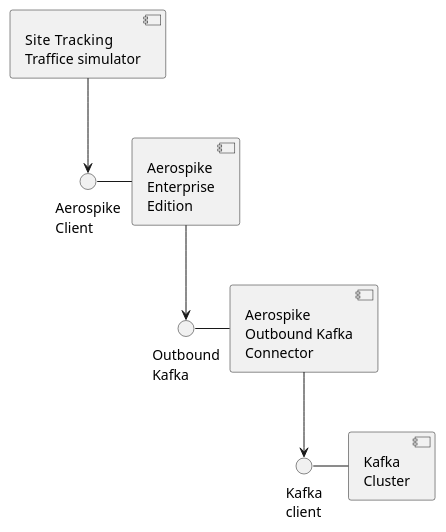
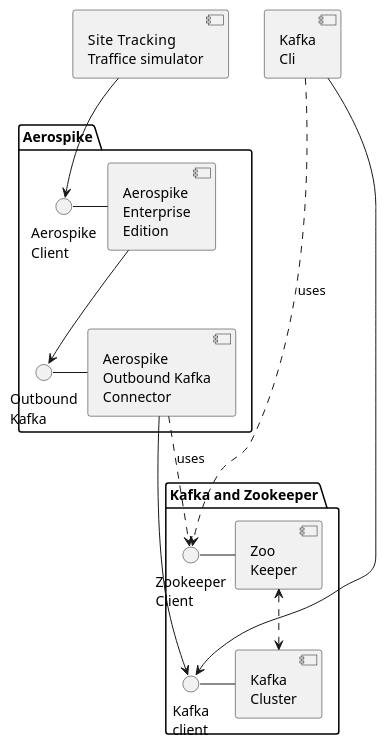
One commit to helipilot50/aerospike-and-kafka changed the diagram in assets/component-diagram.puml. Above: the diagram before and after it, drawn with PlantUML.

Commit message:
no message

```diff
--- a/assets/component-diagram.puml
+++ b/assets/component-diagram.puml
@@ -1,23 +1,38 @@
 @startuml
 
+'left to right direction
+together {
+component [Kafka\nCli] as kafCli
+component [Site  Tracking\nTraffice simulator] as traffic
+}
 
-component [Site  Tracking\nTraffice simulator] as traffic
-
+package "Aerospike" {
 () "Aerospike\nClient" as asClient
 component [Aerospike\nEnterprise\nEdition] as asee
 asClient - asee
 
 () "Outbound\nKafka" as asOutbound
 component [Aerospike\nOutbound Kafka\nConnector] as asKafka
 asOutbound - asKafka
-
+}
+package "Kafka and Zookeeper" {
 () "Kafka\nclient" as kafClient
 component [Kafka\nCluster] as kafCluster
 kafClient - kafCluster
 
+() "Zookeeper\nClient" as zooClient
+component [Zoo\nKeeper] as zookeeper
+zooClient - zookeeper
+}
+
 traffic --> asClient
 
 asee --> asOutbound
+asKafka ..> zooClient: uses
+zookeeper <..> kafCluster
 
 asKafka --> kafClient
+
+kafCli .d.> zooClient: uses
+kafCli -d-> kafClient
 @enduml
```
